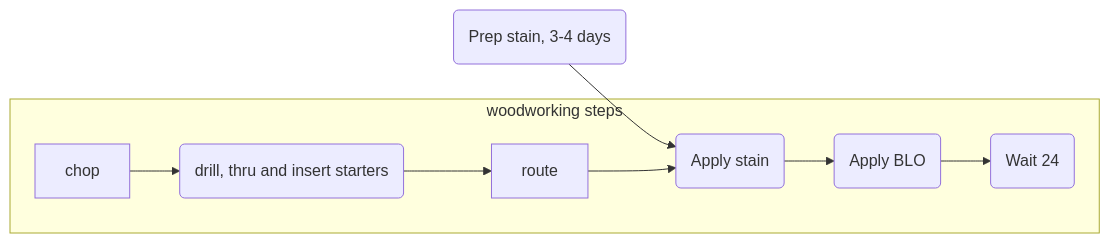
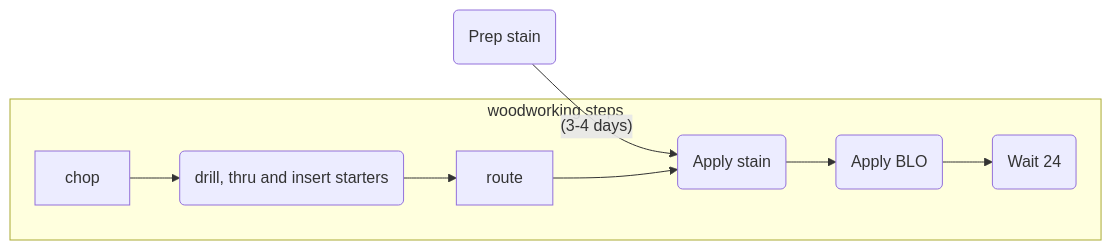
Before and after one commit to frankburgs/wood: the diagram in README.md, drawn with Mermaid.

````diff
--- a/README.md
+++ b/README.md
@@ -1,21 +1,21 @@
 ```mermaid
 
 flowchart LR
 
-    id1(Prep stain, 3-4 days)-->id2(Apply stain)
+    id1(Prep stain)-- (3-4 days) -->id2(Apply stain)
     
     subgraph ide1 [woodworking steps]
     
     chop-->id3(drill, thru and insert starters)
     
     id3-->route
     
     route-->id2
     
     id2-->idBLO(Apply BLO)
     
     idBLO-->id24(Wait 24)
     
     end
     
 ```
````
